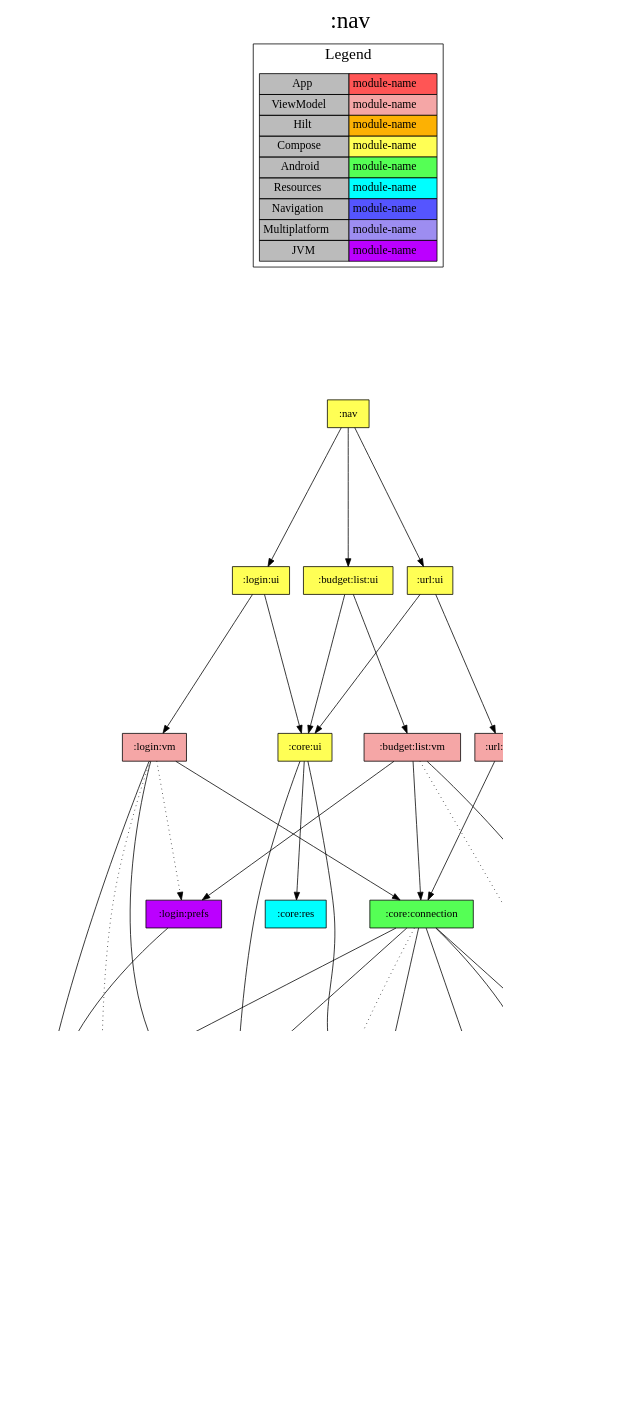
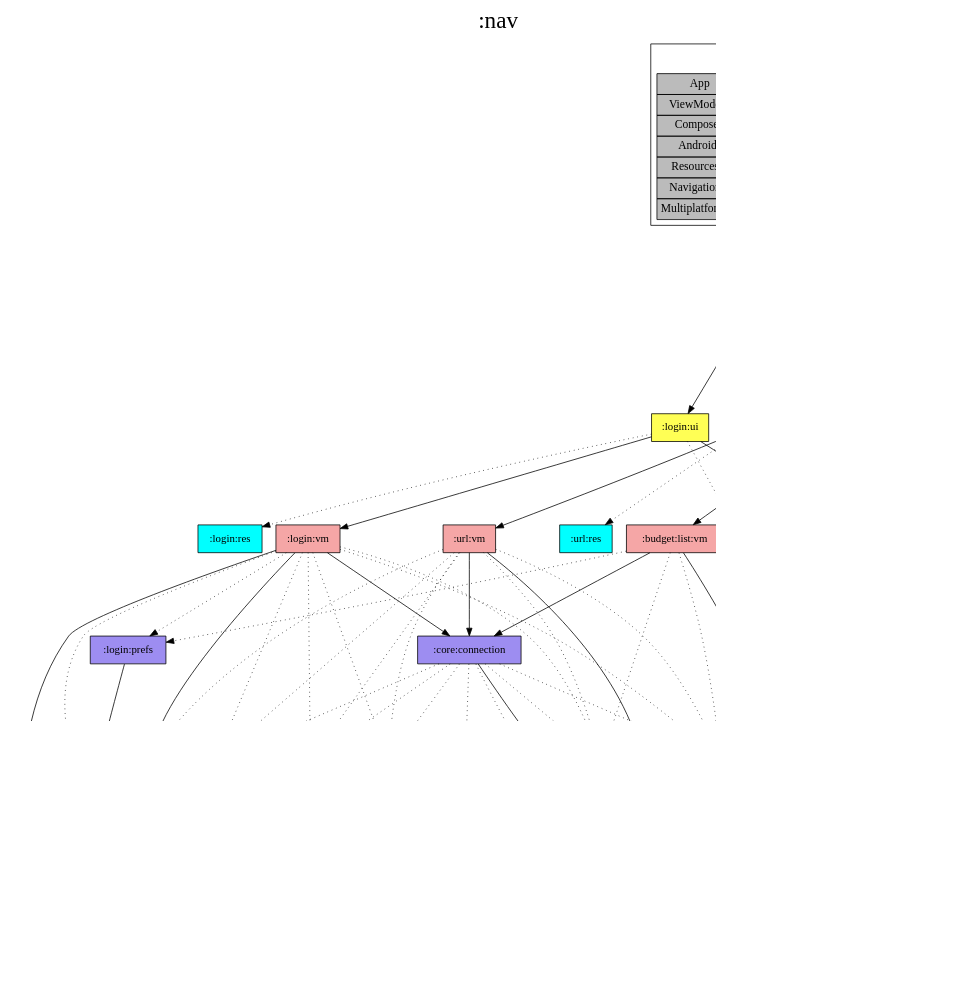
One commit to jonapoul/aktual changed the diagram in modules/nav/project-dependency-graph.dot. Above: the diagram before and after it, drawn with Graphviz. The commit also changed 169 other files, not shown here.

```diff
--- a/modules/nav/project-dependency-graph.dot
+++ b/modules/nav/project-dependency-graph.dot
@@ -1,82 +1,103 @@
 digraph {
 edge ["dir"="forward"]
-graph ["dpi"="100","label"=":nav","labelloc"="t","fontsize"="30","ranksep"="2.5","rankdir"="TB"]
+graph ["dpi"="100","label"=":nav","labelloc"="t","fontsize"="30","ranksep"="1.5","rankdir"="TB"]
 node ["style"="filled"]
 ":nav" ["fillcolor"="#FFFF55","shape"="box"]
 ":budget:list:ui" ["fillcolor"="#FFFF55","shape"="box"]
 ":budget:list:vm" ["fillcolor"="#F5A6A6","shape"="box"]
-":core:connection" ["fillcolor"="#55FF55","shape"="box"]
-":api:client" ["fillcolor"="#BB00FF","shape"="box"]
-":api:model" ["fillcolor"="#BB00FF","shape"="box"]
+":core:connection" ["fillcolor"="#9D8DF1","shape"="box"]
+":core:buildconfig" ["fillcolor"="#9D8DF1","shape"="box"]
+":api:client" ["fillcolor"="#9D8DF1","shape"="box"]
+":api:model" ["fillcolor"="#9D8DF1","shape"="box"]
 ":login:model" ["fillcolor"="#9D8DF1","shape"="box"]
 ":url:model" ["fillcolor"="#9D8DF1","shape"="box"]
-":api:json" ["fillcolor"="#BB00FF","shape"="box"]
-":core:coroutines" ["fillcolor"="#BB00FF","shape"="box"]
+":api:json" ["fillcolor"="#9D8DF1","shape"="box"]
+":core:coroutines" ["fillcolor"="#9D8DF1","shape"="box"]
+":core:log" ["fillcolor"="#9D8DF1","shape"="box"]
 ":core:versions" ["fillcolor"="#9D8DF1","shape"="box"]
-":core:buildconfig" ["fillcolor"="#9D8DF1","shape"="box"]
-":url:prefs" ["fillcolor"="#55FF55","shape"="box"]
-":login:prefs" ["fillcolor"="#BB00FF","shape"="box"]
+":url:prefs" ["fillcolor"="#9D8DF1","shape"="box"]
+":login:prefs" ["fillcolor"="#9D8DF1","shape"="box"]
 ":core:ui" ["fillcolor"="#FFFF55","shape"="box"]
 ":core:res" ["fillcolor"="#00FFFF","shape"="box"]
+":budget:list:res" ["fillcolor"="#00FFFF","shape"="box"]
 ":login:ui" ["fillcolor"="#FFFF55","shape"="box"]
 ":login:vm" ["fillcolor"="#F5A6A6","shape"="box"]
+":login:res" ["fillcolor"="#00FFFF","shape"="box"]
 ":url:ui" ["fillcolor"="#FFFF55","shape"="box"]
 ":url:vm" ["fillcolor"="#F5A6A6","shape"="box"]
+":url:res" ["fillcolor"="#00FFFF","shape"="box"]
 {
 edge ["dir"="none"]
 graph ["rank"="same"]
 }
 ":nav" -> ":budget:list:ui"
 ":nav" -> ":login:ui"
 ":nav" -> ":url:ui"
 ":budget:list:ui" -> ":budget:list:vm"
 ":budget:list:ui" -> ":core:ui"
+":budget:list:ui" -> ":budget:list:res" ["style"="dotted"]
+":budget:list:ui" -> ":core:res" ["style"="dotted"]
 ":budget:list:vm" -> ":core:connection"
-":budget:list:vm" -> ":login:prefs"
 ":budget:list:vm" -> ":url:model"
+":budget:list:vm" -> ":core:versions" ["style"="dotted"]
+":budget:list:vm" -> ":login:prefs" ["style"="dotted"]
 ":budget:list:vm" -> ":url:prefs" ["style"="dotted"]
-":core:connection" -> ":api:client"
-":core:connection" -> ":api:json"
-":core:connection" -> ":core:coroutines"
-":core:connection" -> ":core:versions"
-":core:connection" -> ":url:model"
-":core:connection" -> ":url:prefs"
-":core:connection" -> ":core:buildconfig" ["style"="dotted"]
+":core:connection" -> ":core:buildconfig"
+":core:connection" -> ":api:client" ["style"="dotted"]
+":core:connection" -> ":api:json" ["style"="dotted"]
+":core:connection" -> ":core:coroutines" ["style"="dotted"]
+":core:connection" -> ":core:log" ["style"="dotted"]
+":core:connection" -> ":core:versions" ["style"="dotted"]
+":core:connection" -> ":url:model" ["style"="dotted"]
+":core:connection" -> ":url:prefs" ["style"="dotted"]
 ":api:client" -> ":api:model"
 ":api:client" -> ":url:model"
 ":api:model" -> ":login:model"
 ":core:versions" -> ":core:buildconfig"
 ":url:prefs" -> ":url:model"
 ":login:prefs" -> ":login:model"
-":core:ui" -> ":core:res"
 ":core:ui" -> ":core:versions"
 ":core:ui" -> ":url:model"
+":core:ui" -> ":core:res" ["style"="dotted"]
 ":login:ui" -> ":core:ui"
 ":login:ui" -> ":login:vm"
+":login:ui" -> ":core:res" ["style"="dotted"]
+":login:ui" -> ":login:res" ["style"="dotted"]
 ":login:vm" -> ":core:connection"
 ":login:vm" -> ":login:model"
 ":login:vm" -> ":url:model"
 ":login:vm" -> ":api:client" ["style"="dotted"]
+":login:vm" -> ":api:model" ["style"="dotted"]
+":login:vm" -> ":core:coroutines" ["style"="dotted"]
+":login:vm" -> ":core:log" ["style"="dotted"]
+":login:vm" -> ":core:versions" ["style"="dotted"]
 ":login:vm" -> ":login:prefs" ["style"="dotted"]
+":login:vm" -> ":url:prefs" ["style"="dotted"]
 ":url:ui" -> ":core:ui"
 ":url:ui" -> ":url:vm"
+":url:ui" -> ":core:res" ["style"="dotted"]
+":url:ui" -> ":url:res" ["style"="dotted"]
 ":url:vm" -> ":core:connection"
 ":url:vm" -> ":url:model"
+":url:vm" -> ":api:client" ["style"="dotted"]
+":url:vm" -> ":api:model" ["style"="dotted"]
+":url:vm" -> ":core:coroutines" ["style"="dotted"]
+":url:vm" -> ":core:log" ["style"="dotted"]
+":url:vm" -> ":core:versions" ["style"="dotted"]
+":url:vm" -> ":url:prefs" ["style"="dotted"]
 subgraph "cluster_legend" {
 edge ["dir"="none"]
 graph ["label"="Legend","fontsize"="20"]
 "Legend" ["style"="filled","fillcolor"="#bbbbbb","shape"="none","margin"="0","fontsize"="15","label"=<
 <TABLE BORDER="0" CELLBORDER="1" CELLSPACING="0" CELLPADDING="4">
 <TR><TD>App</TD><TD BGCOLOR="#FF5555">module-name</TD></TR>
 <TR><TD>ViewModel</TD><TD BGCOLOR="#F5A6A6">module-name</TD></TR>
-<TR><TD>Hilt</TD><TD BGCOLOR="#FCB103">module-name</TD></TR>
 <TR><TD>Compose</TD><TD BGCOLOR="#FFFF55">module-name</TD></TR>
 <TR><TD>Android</TD><TD BGCOLOR="#55FF55">module-name</TD></TR>
 <TR><TD>Resources</TD><TD BGCOLOR="#00FFFF">module-name</TD></TR>
 <TR><TD>Navigation</TD><TD BGCOLOR="#5555FF">module-name</TD></TR>
 <TR><TD>Multiplatform</TD><TD BGCOLOR="#9D8DF1">module-name</TD></TR>
-<TR><TD>JVM</TD><TD BGCOLOR="#BB00FF">module-name</TD></TR>
 </TABLE>
 >]
 } -> ":nav" ["style"="invis"]
 }
```
